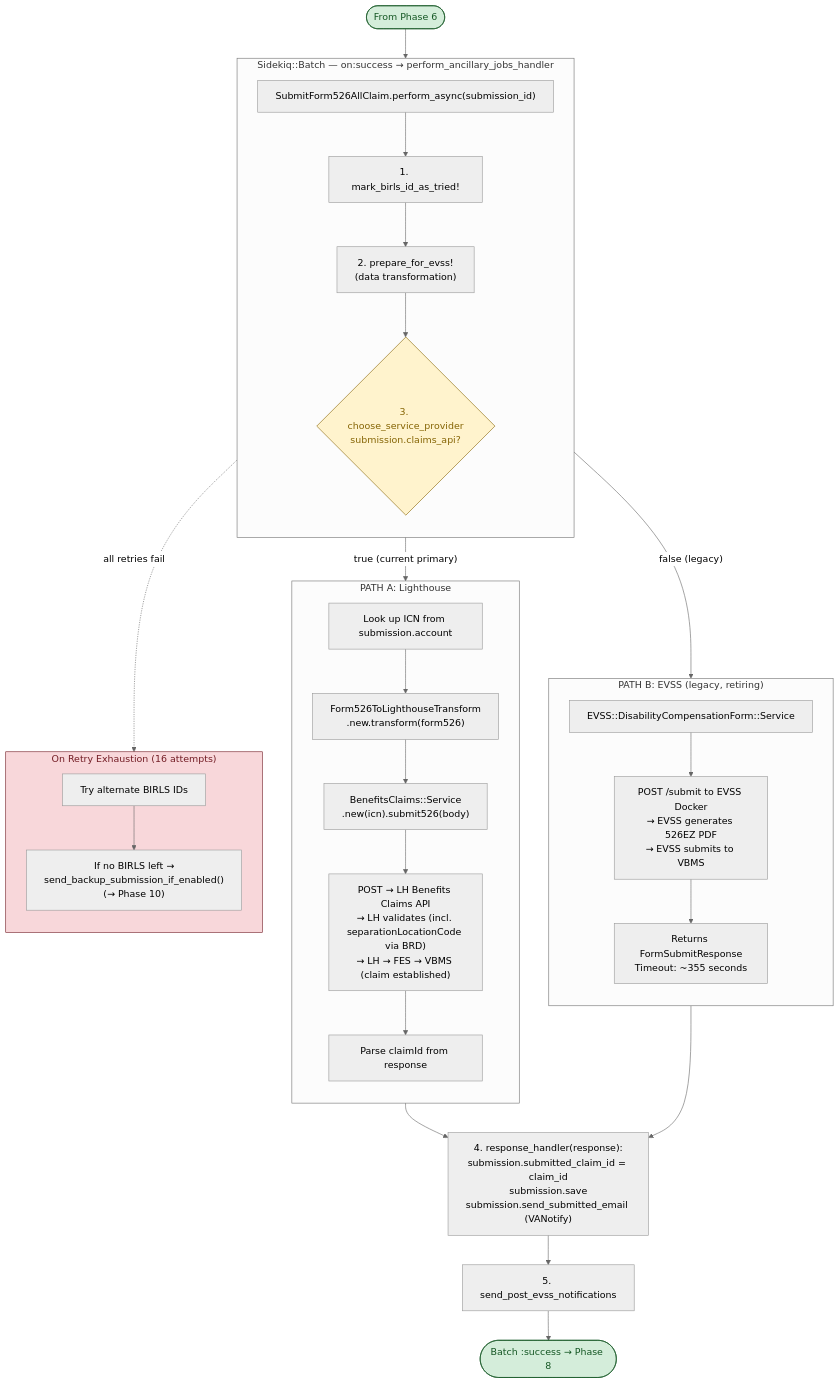
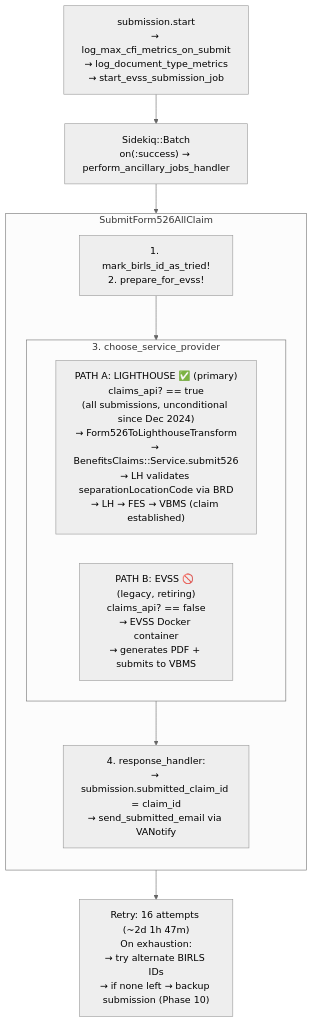
One commit to Ninjaneer321/va.gov-team changed the eighth of 16 diagrams in products/disability/526ez/form526_architecture_flow.md. Above: the diagram before and after it, drawn with Mermaid (neutral theme). The commit also changed other lines of this file, not shown here.

Commit message:
Updated architecture diagram with useFormFeatureToggleSync

````diff
--- a/products/disability/526ez/form526_architecture_flow.md
+++ b/products/disability/526ez/form526_architecture_flow.md
@@ -221,61 +273,24 @@
 ```mermaid
-graph TD
-    ENTRY([From Phase 6]) --> BATCH
+flowchart TD
+    Start["submission.start<br/>→ log_max_cfi_metrics_on_submit<br/>→ log_document_type_metrics<br/>→ start_evss_submission_job"]
 
-    subgraph BATCH["Sidekiq::Batch — on:success → perform_ancillary_jobs_handler"]
+    Batch["Sidekiq::Batch<br/>on(:success) → perform_ancillary_jobs_handler"]
+
+    subgraph Job["SubmitForm526AllClaim"]
         direction TB
-        JOB["SubmitForm526AllClaim.perform_async(submission_id)"]
+        Prep["1. mark_birls_id_as_tried!<br/>2. prepare_for_evss!"]
 
-        JOB --> BIRLS["1. mark_birls_id_as_tried!"]
-        BIRLS --> PREP["2. prepare_for_evss!<br/>(data transformation)"]
-        PREP --> CHOOSE{"3. choose_service_provider<br/>submission.claims_api?"}
+        subgraph Paths["3. choose_service_provider"]
+            direction LR
+            LH["PATH A: LIGHTHOUSE ✅ (primary)<br/>claims_api? == true<br/>(all submissions, unconditional since Dec 2024)<br/>→ Form526ToLighthouseTransform<br/>→ BenefitsClaims::Service.submit526<br/>→ LH validates separationLocationCode via BRD<br/>→ LH → FES → VBMS (claim established)"]
+            EVSS["PATH B: EVSS 🚫 (legacy, retiring)<br/>claims_api? == false<br/>→ EVSS Docker container<br/>→ generates PDF + submits to VBMS"]
+        end
+
+        Response["4. response_handler:<br/>→ submission.submitted_claim_id = claim_id<br/>→ send_submitted_email via VANotify"]
     end
 
-    CHOOSE -->|"true (current primary)"| LH_PATH
-    CHOOSE -->|"false (legacy)"| EVSS_PATH
+    Retry["Retry: 16 attempts (~2d 1h 47m)<br/>On exhaustion:<br/>→ try alternate BIRLS IDs<br/>→ if none left → backup submission (Phase 10)"]
 
-    subgraph LH_PATH["PATH A: Lighthouse"]
-        direction TB
-        LH1["Look up ICN from submission.account"]
-        LH2["Form526ToLighthouseTransform<br/>.new.transform(form526)"]
-        LH3["BenefitsClaims::Service<br/>.new(icn).submit526(body)"]
-        LH4["POST → LH Benefits Claims API<br/>→ LH validates (incl. separationLocationCode via BRD)<br/>→ LH → FES → VBMS (claim established)"]
-        LH5["Parse claimId from response"]
-
-        LH1 --> LH2 --> LH3 --> LH4 --> LH5
-    end
-
-    subgraph EVSS_PATH["PATH B: EVSS (legacy, retiring)"]
-        direction TB
-        EV1["EVSS::DisabilityCompensationForm::Service"]
-        EV2["POST /submit to EVSS Docker<br/>→ EVSS generates 526EZ PDF<br/>→ EVSS submits to VBMS"]
-        EV3["Returns FormSubmitResponse<br/>Timeout: ~355 seconds"]
-
-        EV1 --> EV2 --> EV3
-    end
-
-    LH_PATH --> RESPONSE
-    EVSS_PATH --> RESPONSE
-
-    RESPONSE["4. response_handler(response):<br/>submission.submitted_claim_id = claim_id<br/>submission.save<br/>submission.send_submitted_email (VANotify)"]
-
-    RESPONSE --> NOTIF["5. send_post_evss_notifications"]
-
-    NOTIF --> SUCCESS_CB([Batch :success → Phase 8])
-
-    subgraph EXHAUSTED["On Retry Exhaustion (16 attempts)"]
-        direction TB
-        EX1["Try alternate BIRLS IDs"]
-        EX2["If no BIRLS left →<br/>send_backup_submission_if_enabled()<br/>(→ Phase 10)"]
-        EX1 --> EX2
-    end
-
-    JOB -.->|"all retries fail"| EXHAUSTED
-
-    classDef endpoint fill:#d4edda,stroke:#155724,color:#155724
-    classDef decision fill:#fff3cd,stroke:#856404,color:#856404
-    classDef danger fill:#f8d7da,stroke:#721c24,color:#721c24
-    class ENTRY,SUCCESS_CB endpoint
-    class CHOOSE decision
-    class EXHAUSTED danger
+    Start --> Batch --> Job --> Retry
+    Prep --> Paths --> Response
 ```
````
